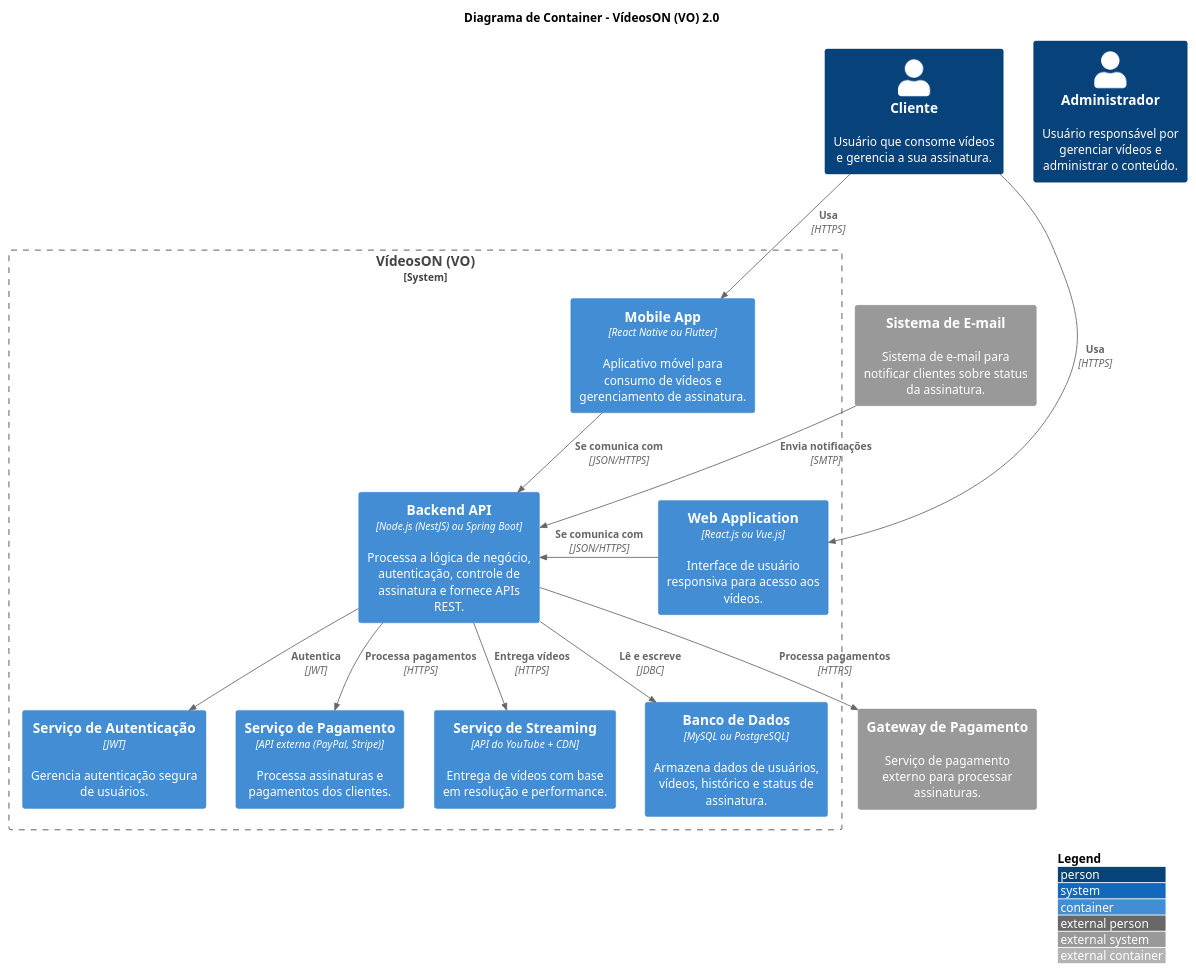
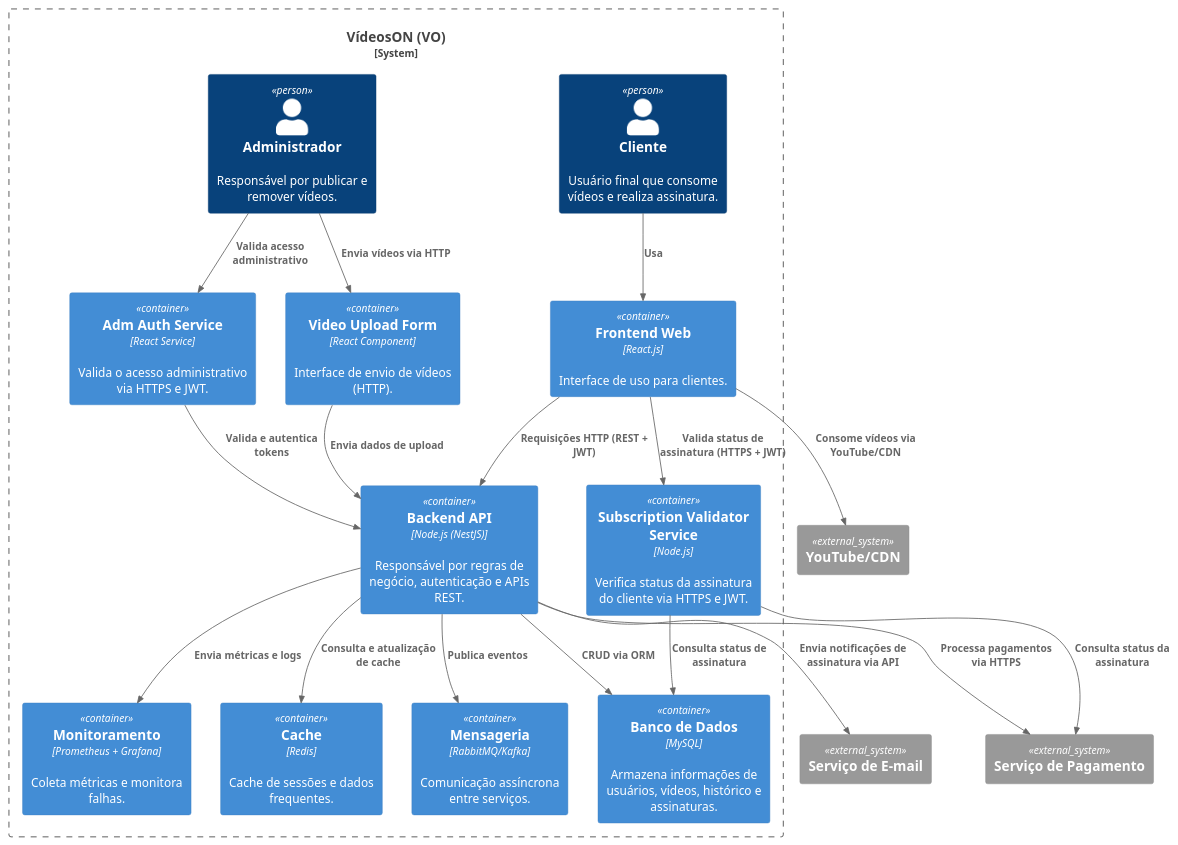
The diagram in Containers.plantuml (MarieleV/n2-arqSoftware), drawn with PlantUML before and after one commit. The commit also changed 1 other file, not shown here.

Commit message:
atualização do container

```diff
--- a/Containers.plantuml
+++ b/Containers.plantuml
@@ -1,36 +1,48 @@
 @startuml
+
 '!includeurl C:\Users\silva\Desktop\n2-arq\n2-arqSoftware\C4-PlantUML
 !include <c4/C4_Container.puml>  
+' Definindo o sistema principal
+System_Boundary(s1, "VídeosON (VO)") {
 
-LAYOUT_WITH_LEGEND()
+  ' Atores externos
+  Person(cliente, "Cliente", "Usuário final que consome vídeos e realiza assinatura.")
+  Person(admin, "Administrador", "Responsável por publicar e remover vídeos.")
 
-title Diagrama de Container - VídeosON (VO) 2.0
+  ' Containers internos
+  Container(frontend, "Frontend Web", "React.js", "Interface de uso para clientes.")
+  Container(adm_auth, "Adm Auth Service", "React Service", "Valida o acesso administrativo via HTTPS e JWT.")
+  Container(video_form, "Video Upload Form", "React Component", "Interface de envio de vídeos (HTTP).")
+  Container(backend, "Backend API", "Node.js (NestJS)", "Responsável por regras de negócio, autenticação e APIs REST.")
+  Container(db, "Banco de Dados", "MySQL", "Armazena informações de usuários, vídeos, histórico e assinaturas.")
+  Container(redis, "Cache", "Redis", "Cache de sessões e dados frequentes.")
+  Container(mq, "Mensageria", "RabbitMQ/Kafka", "Comunicação assíncrona entre serviços.")
+  Container(monitoramento, "Monitoramento", "Prometheus + Grafana", "Coleta métricas e monitora falhas.")
+  Container(sub_validator, "Subscription Validator Service", "Node.js", "Verifica status da assinatura do cliente via HTTPS e JWT.")
 
-Person(cliente, "Cliente", "Usuário que consome vídeos e gerencia a sua assinatura.")
-Person(administrador, "Administrador", "Usuário responsável por gerenciar vídeos e administrar o conteúdo.")
-
-System_Boundary(s1, "VídeosON (VO)") {
-    Container(web_app, "Web Application", "React.js ou Vue.js", "Interface de usuário responsiva para acesso aos vídeos.")
-    Container(mobile_app, "Mobile App", "React Native ou Flutter", "Aplicativo móvel para consumo de vídeos e gerenciamento de assinatura.")
-    Container(api_backend, "Backend API", "Node.js (NestJS) ou Spring Boot", "Processa a lógica de negócio, autenticação, controle de assinatura e fornece APIs REST.")
-    Container(db, "Banco de Dados", "MySQL ou PostgreSQL", "Armazena dados de usuários, vídeos, histórico e status de assinatura.")
-    Container(auth_service, "Serviço de Autenticação", "JWT", "Gerencia autenticação segura de usuários.")
-    Container(payments_service, "Serviço de Pagamento", "API externa (PayPal, Stripe)", "Processa assinaturas e pagamentos dos clientes.")
-    Container(streaming_service, "Serviço de Streaming", "API do YouTube + CDN", "Entrega de vídeos com base em resolução e performance.")
+  ' Conexões internas
+  Rel(cliente, frontend, "Usa")
+  Rel(admin, adm_auth, "Valida acesso administrativo")
+  Rel(admin, video_form, "Envia vídeos via HTTP")
+  Rel(frontend, backend, "Requisições HTTP (REST + JWT)")
+  Rel(frontend, sub_validator, "Valida status de assinatura (HTTPS + JWT)")
+  Rel(adm_auth, backend, "Valida e autentica tokens")
+  Rel(video_form, backend, "Envia dados de upload")
+  Rel(backend, db, "CRUD via ORM")
+  Rel(sub_validator, db, "Consulta status de assinatura")
+  Rel(backend, redis, "Consulta e atualização de cache")
+  Rel(backend, mq, "Publica eventos")
+  Rel(backend, monitoramento, "Envia métricas e logs")
 }
 
-System_Ext(email_system, "Sistema de E-mail", "Sistema de e-mail para notificar clientes sobre status da assinatura.")
-System_Ext(payment_gateway, "Gateway de Pagamento", "Serviço de pagamento externo para processar assinaturas.")
+' Serviços externos
+System_Ext(pagamento, "Serviço de Pagamento")
+System_Ext(email, "Serviço de E-mail")
+System_Ext(streaming, "YouTube/CDN")
 
-Rel(cliente, web_app, "Usa", "HTTPS")
-Rel(cliente, mobile_app, "Usa", "HTTPS")
-Rel_Neighbor(web_app, api_backend, "Se comunica com", "JSON/HTTPS")
-Rel(mobile_app, api_backend, "Se comunica com", "JSON/HTTPS")
-Rel(api_backend, db, "Lê e escreve", "JDBC")
-Rel(api_backend, auth_service, "Autentica", "JWT")
-Rel(api_backend, payments_service, "Processa pagamentos", "HTTPS")
-Rel(api_backend, streaming_service, "Entrega vídeos", "HTTPS")
-Rel(email_system, api_backend, "Envia notificações", "SMTP")
-Rel(api_backend, payment_gateway, "Processa pagamentos", "HTTPS")
+Rel(backend, pagamento, "Processa pagamentos via HTTPS")
+Rel(backend, email, "Envia notificações de assinatura via API")
+Rel(frontend, streaming, "Consome vídeos via YouTube/CDN")
+Rel(sub_validator, pagamento, "Consulta status da assinatura")
 
 @enduml
```
